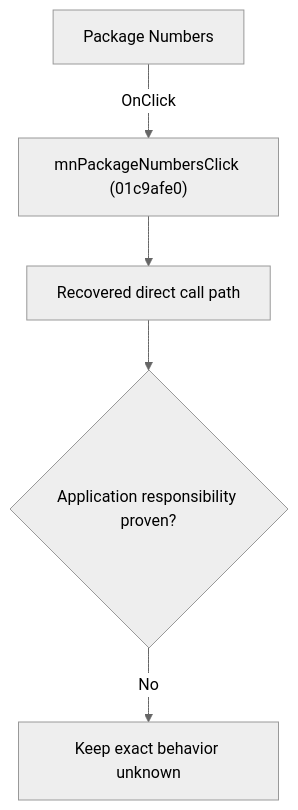
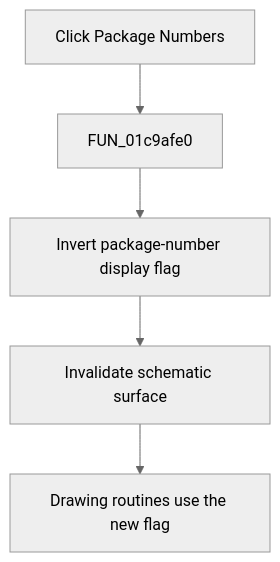
Before and after one commit to MovGP0/TIARA: the diagram in docs/ui-controls/schematiceditor/mnpackagenumbers-e445c94009.md, drawn with Mermaid (neutral theme). The commit also changed other lines of this file and 241 other files, not shown here.

````diff
--- a/docs/ui-controls/schematiceditor/mnpackagenumbers-e445c94009.md
+++ b/docs/ui-controls/schematiceditor/mnpackagenumbers-e445c94009.md
@@ -27,7 +27,7 @@
 ```mermaid
 flowchart TD
-    control["Package Numbers"] -->|"OnClick"| handler["mnPackageNumbersClick (01c9afe0)"]
-    handler --> recovered["Recovered direct call path"]
-    recovered --> gap{"Application responsibility proven?"}
-    gap -->|"No"| blocked["Keep exact behavior unknown"]
+    control["Click Package Numbers"] --> handler["FUN_01c9afe0"]
+    handler --> toggle["Invert package-number display flag"]
+    toggle --> repaint["Invalidate schematic surface"]
+    repaint --> render["Drawing routines use the new flag"]
 ```
````
